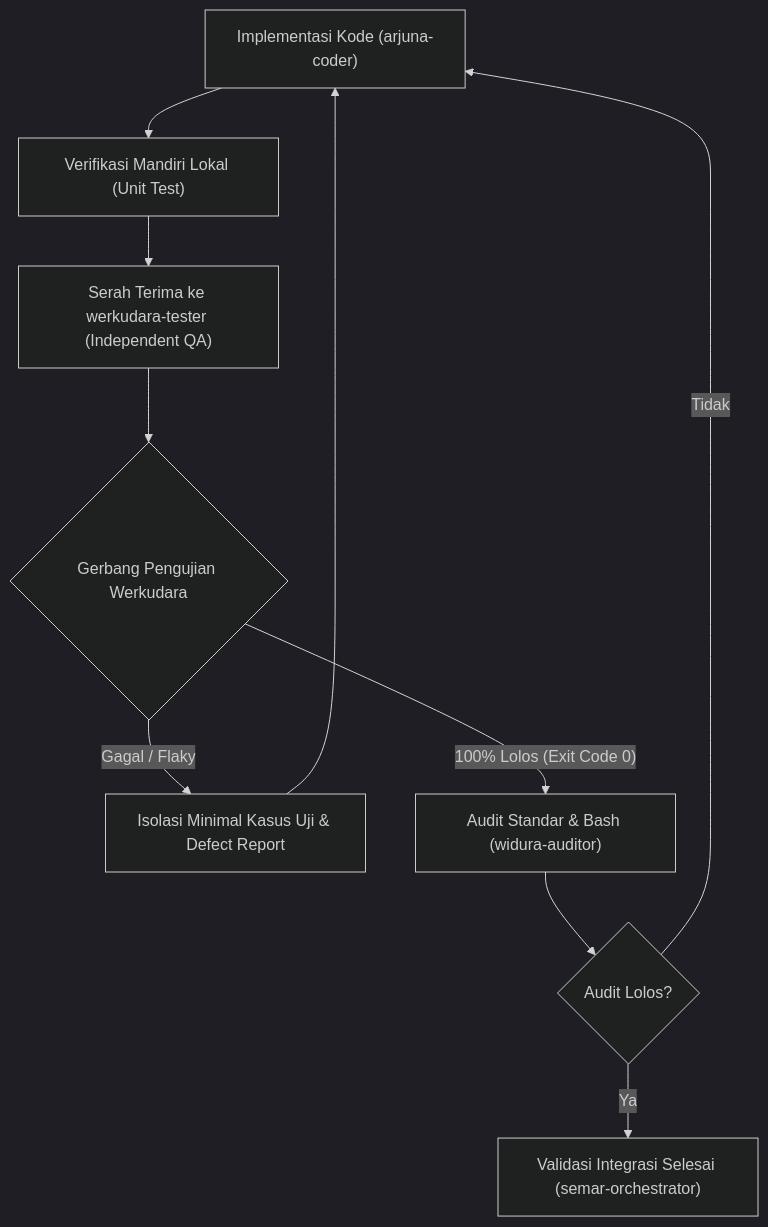
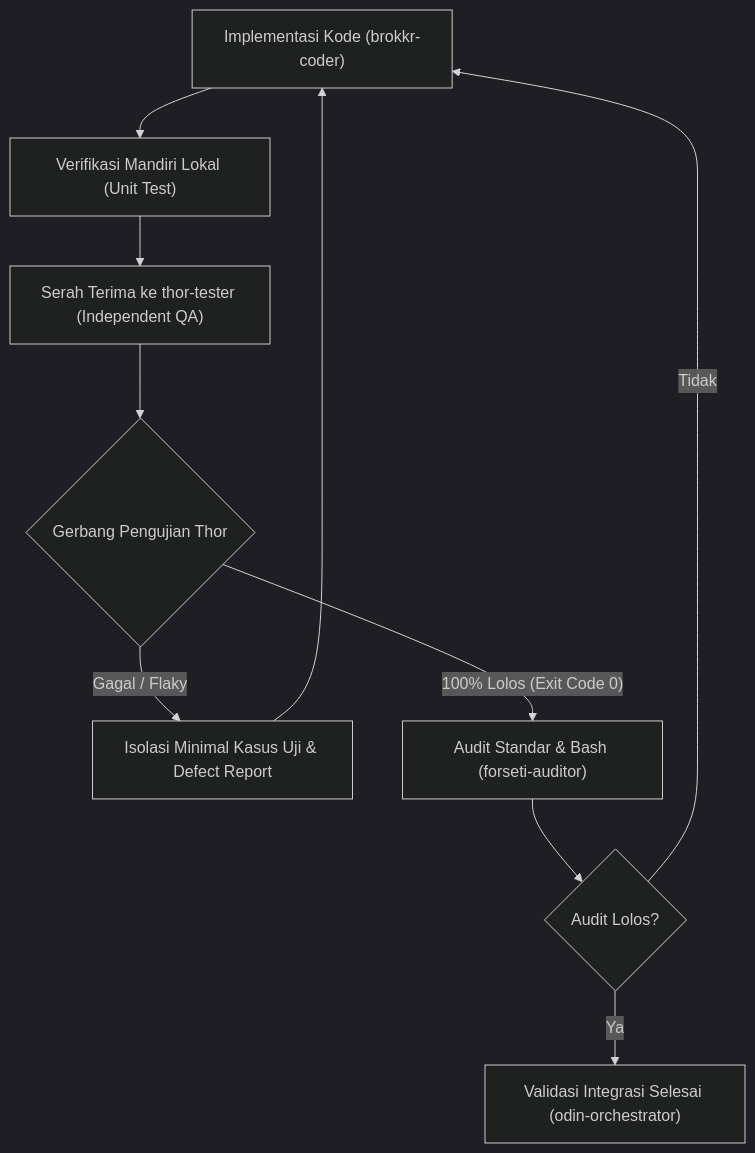
One commit to aditlab-code/aegiscode changed the diagram in docs/QA/QA_PLAN.md. Above: the diagram before and after it, drawn with Mermaid (dark theme). The commit also changed other lines of this file and 13 other files, not shown here.

````diff
--- a/docs/QA/QA_PLAN.md
+++ b/docs/QA/QA_PLAN.md
@@ -114,12 +114,12 @@
 ```mermaid
 flowchart TD
-    A["Implementasi Kode (arjuna-coder)"] --> B["Verifikasi Mandiri Lokal (Unit Test)"]
-    B --> C["Serah Terima ke werkudara-tester (Independent QA)"]
-    C --> D{"Gerbang Pengujian Werkudara"}
+    A["Implementasi Kode (brokkr-coder)"] --> B["Verifikasi Mandiri Lokal (Unit Test)"]
+    B --> C["Serah Terima ke thor-tester (Independent QA)"]
+    C --> D{"Gerbang Pengujian Thor"}
     D -- "Gagal / Flaky" --> E["Isolasi Minimal Kasus Uji & Defect Report"]
     E --> A
-    D -- "100% Lolos (Exit Code 0)" --> F["Audit Standar & Bash (widura-auditor)"]
+    D -- "100% Lolos (Exit Code 0)" --> F["Audit Standar & Bash (forseti-auditor)"]
     F --> G{"Audit Lolos?"}
     G -- "Tidak" --> A
-    G -- "Ya" --> H["Validasi Integrasi Selesai (semar-orchestrator)"]
+    G -- "Ya" --> H["Validasi Integrasi Selesai (odin-orchestrator)"]
 ```
````
